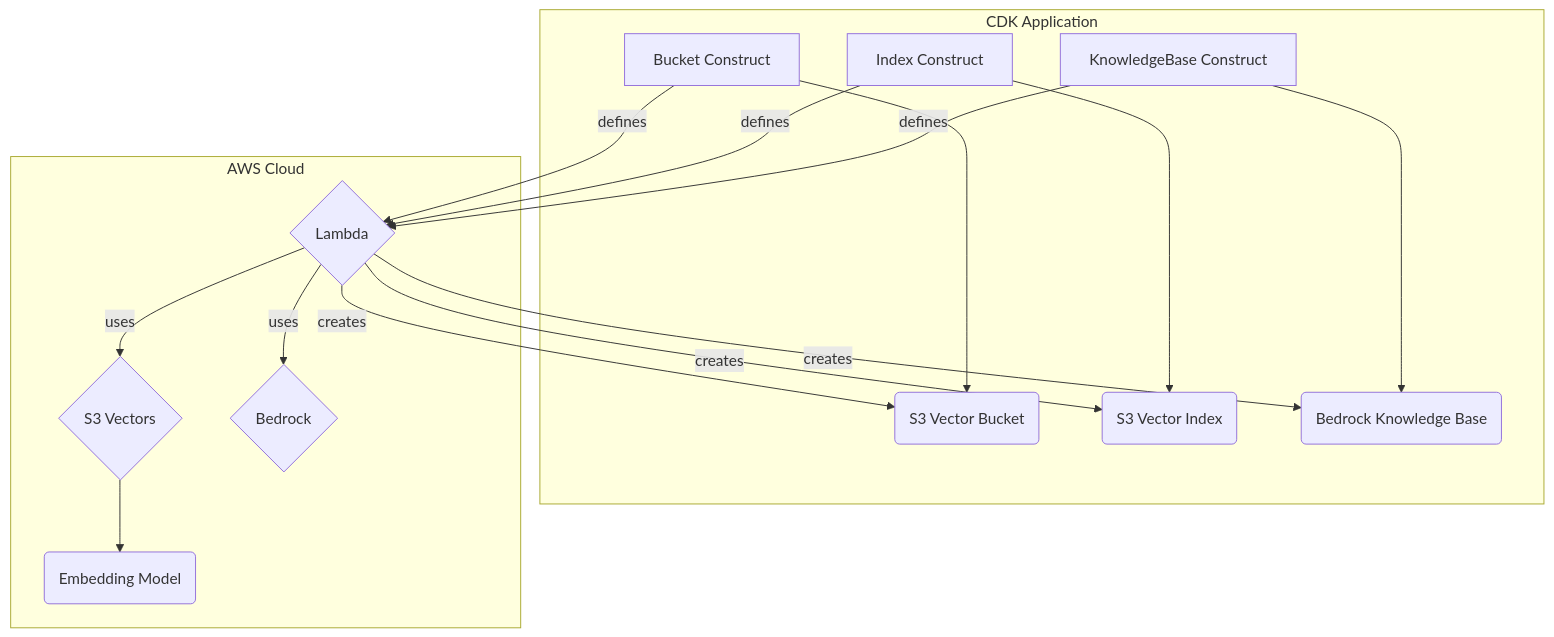
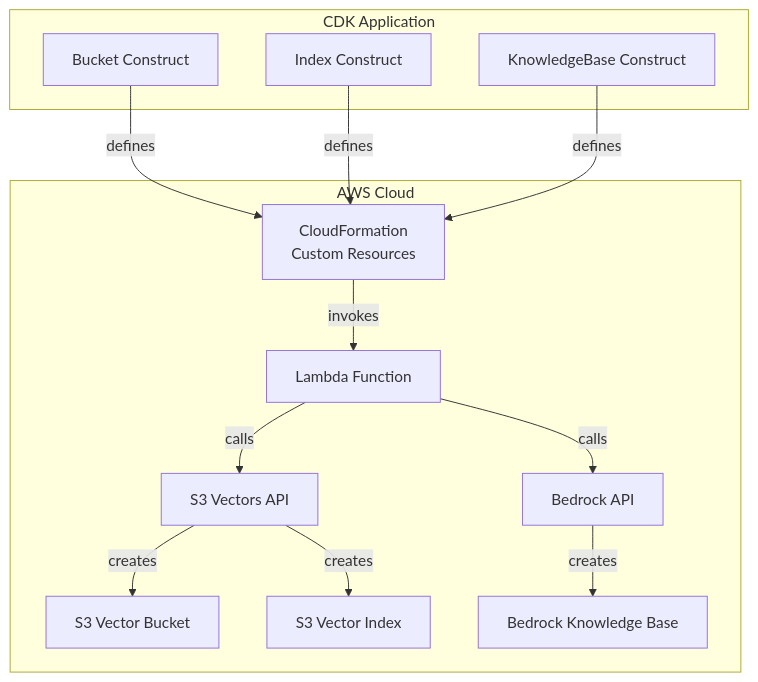
One commit to bimnett/cdk-s3-vectors changed the diagram in README.md. Above: the diagram before and after it, drawn with Mermaid.

Commit message:
chore(docs): update architecture diagram (#21)
* docs: update README (#21)

* chore(docs): update architecture diagram (#21)

* chore(docs): remove duplicate API reference (#21)

* chore(docs): remove duplicate 'Getting Started' section (#21)

````diff
--- a/README.md
+++ b/README.md
@@ -53,21 +52,32 @@
 ```mermaid
 graph TD
     subgraph "CDK Application"
-        A[Bucket Construct] --> B(S3 Vector Bucket)
-        C[Index Construct] --> D(S3 Vector Index)
-        E[KnowledgeBase Construct] --> F(Bedrock Knowledge Base)
+        A[Bucket Construct]
+        C[Index Construct]
+        E[KnowledgeBase Construct]
     end
 
-    subgraph "AWS Cloud"
-        A -- defines --> G{Lambda}
-        C -- defines --> G
-        E -- defines --> G
-        G -- uses --> H{S3 Vectors}
-        G -- uses --> I{Bedrock}
-        H --> J(Embedding Model)
+    subgraph "AWS Cloud<br>"
+        CR[CloudFormation<br>Custom Resources]
+        G[Lambda Function]
+        H[S3 Vectors API]
+        I[Bedrock API]
+        
+        B[S3 Vector Bucket]
+        D[S3 Vector Index]
+        F[Bedrock Knowledge Base]
     end
 
-    G -- creates --> B
-    G -- creates --> D
-    G -- creates --> F
+    A -- defines --> CR
+    C -- defines --> CR
+    E -- defines --> CR
+
+    CR -- invokes --> G
+    
+    G -- calls --> H
+    G -- calls --> I
+
+    H -- creates --> B
+    H -- creates --> D
+    I -- creates --> F
 ```
````
